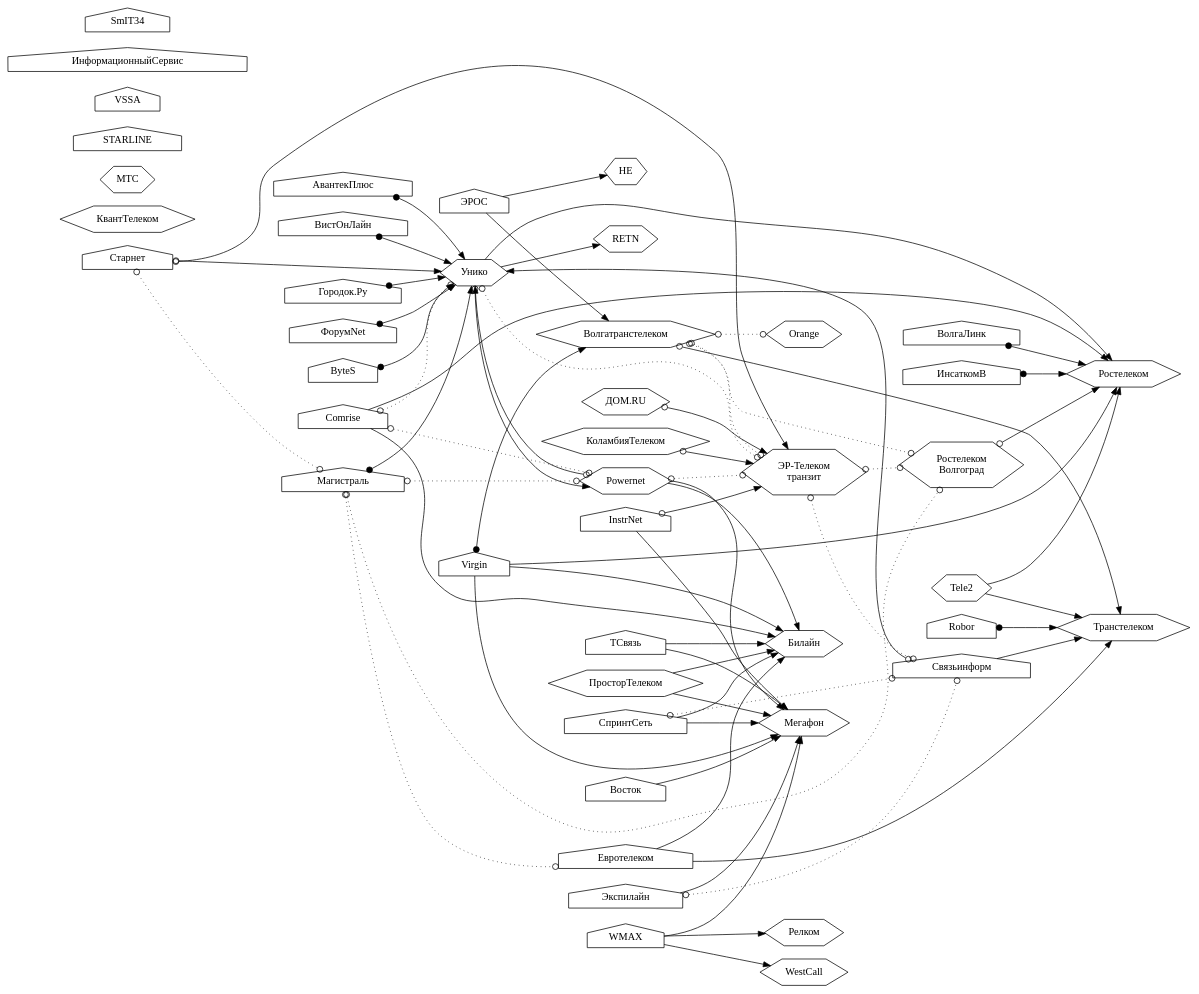
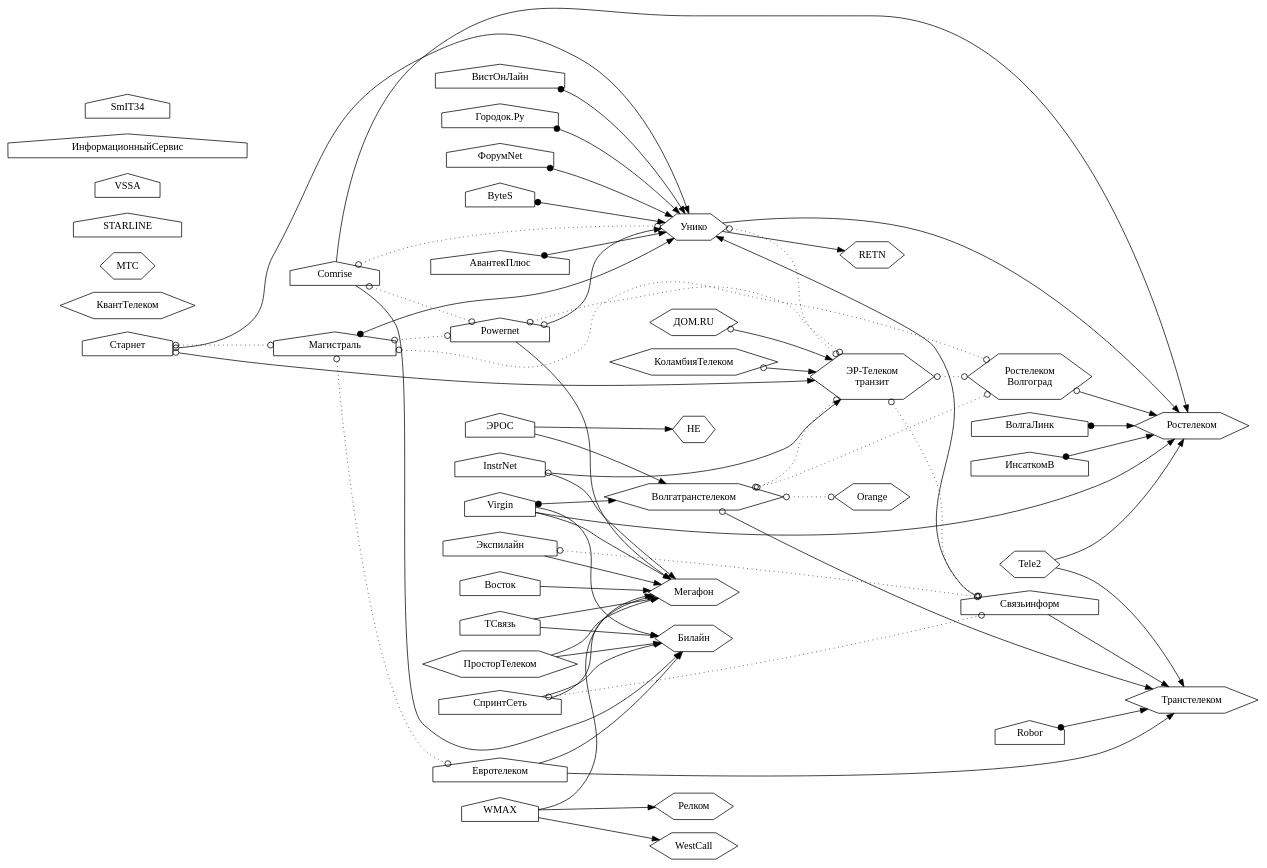
The diagram in static/links/links.dot (Urlandi/elsv-v.ru), drawn with Graphviz before and after one commit. The commit also changed 1 other file, not shown here.

Commit message:
Powernet

```diff
--- a/static/links/links.dot
+++ b/static/links/links.dot
@@ -1,163 +1,161 @@
 digraph ispgraph {
 
 rankdir = LR;
 node [shape=house;];
 
 Унико, ДомРу, ЭрТелеком, Транстелеком, Волгатранстелеком, Релком [shape=hexagon;];
 Мегафон, Вымпелком, КоламбияТелеком, Ростелеком, HE, КвантТелеком [shape=hexagon;];
-Tele2, МТС, ЮТК, Orange, ПросторТелеком, WestCall, Powernet, RETN [shape=hexagon;];
+Tele2, МТС, ЮТК, Orange, ПросторТелеком, WestCall, RETN [shape=hexagon;];
 
 ДомРу [label="ДОМ.RU"];
 ЭрТелеком [label="ЭР-Телеком\nтранзит"];
 ЮТК [label="Ростелеком\nВолгоград"];
 Вымпелком [label="Билайн"];
 ГородокТочкаРу [label="Городок.Ру"];
 
 subgraph backbone {/*Собственная опорная сеть*/
 Транстелеком;
 Мегафон;
 Вымпелком;
 Ростелеком;
 HE;
 МТС;
 Orange;
 ЭрТелеком;
 WestCall;
 };
 
 subgraph Ростелеком {/*Провайдеры члены Ростелеком*/
 Ростелеком;
 ЮТК;
 };
 
 subgraph ЭрТелекомХолдинг {/*ЭР-Телеком*/
 ДомРу;
 ЭрТелеком;
 КоламбияТелеком;
 };
 
 {/*Отсутствует информация о подключении*/
 STARLINE;
 VSSA;
 ИнформационныйСервис;
 КвантТелеком;
 SmIT34;
 };
 
 
 {/*Магистральные связи*/
 
 Связьинформ -> Транстелеком;
 
 Tele2 -> Ростелеком;
 Tele2 -> Транстелеком;
 
 СпринтСеть -> Вымпелком;
 СпринтСеть -> Мегафон;
 
 Экспилайн -> Мегафон;
 
 ЭРОС -> Волгатранстелеком;
 ЭРОС -> HE;
 
 
 Comrise -> Ростелеком;
 Comrise -> Вымпелком;
 
 Powernet -> Мегафон;
-Powernet -> Вымпелком;
 
 Евротелеком -> Транстелеком;
 Евротелеком -> Вымпелком;
 
 Virgin -> Вымпелком;
 Virgin -> Мегафон;
 Virgin -> Ростелеком;
 
 Унико -> Ростелеком;
 Унико -> RETN;
 
 ПросторТелеком -> Вымпелком;
 ПросторТелеком -> Мегафон;
 
 WMAX -> Мегафон;
 WMAX -> WestCall;
 WMAX -> Релком;
 
 InstrNet -> Мегафон;
 
 ТСвязь -> Мегафон;
 ТСвязь -> Вымпелком;
 
 Восток -> Мегафон;
 
 {/*Пиринг с магистральным оператором*/
 edge [dir=both; arrowtail=odot;];
 
 Связьинформ -> Унико;
 
 Старнет -> Унико;
 Старнет -> ЭрТелеком;
 
 Powernet -> Унико;
-Унико -> Powernet;
 
 ЮТК -> Ростелеком;
 
 Волгатранстелеком -> Транстелеком;
 
 ДомРу -> ЭрТелеком;
 КоламбияТелеком -> ЭрТелеком;
 
 InstrNet -> ЭрТелеком;
 
 };
 
 {/*Маршрутизация на оборудовании магистрального оператора*/
 edge [dir=both; arrowtail=dot;];
 
 ВолгаЛинк -> Ростелеком;
 ИнсаткомВ -> Ростелеком;
 Магистраль -> Унико;
 ГородокТочкаРу -> Унико;
 ФорумNet -> Унико;
 ByteS -> Унико;
 АвантекПлюс -> Унико;
 Robor -> Транстелеком;
 Virgin -> Волгатранстелеком;
 ВистОнЛайн -> Унико;
 };
 
 };
 
 {/*Пиринг*/
 
 edge [dir=both; arrowhead=odot; arrowtail=odot; style=dotted;];
 
 СпринтСеть -> Связьинформ;
 
 Старнет -> Магистраль;
 
 Экспилайн -> Связьинформ;
 
 Comrise -> Унико;
 Comrise -> Powernet;
 
 Powernet -> ЭрТелеком;
 
 Магистраль -> Powernet;
 Магистраль -> ЮТК;
 Магистраль -> Евротелеком;
 
 Унико -> ЭрТелеком;
 
 Волгатранстелеком -> ЮТК;
 Волгатранстелеком -> ЭрТелеком;
 Волгатранстелеком -> Orange;
 
 ЭрТелеком -> ЮТК;
 ЭрТелеком -> Связьинформ;
 
 };
 
 }
```
